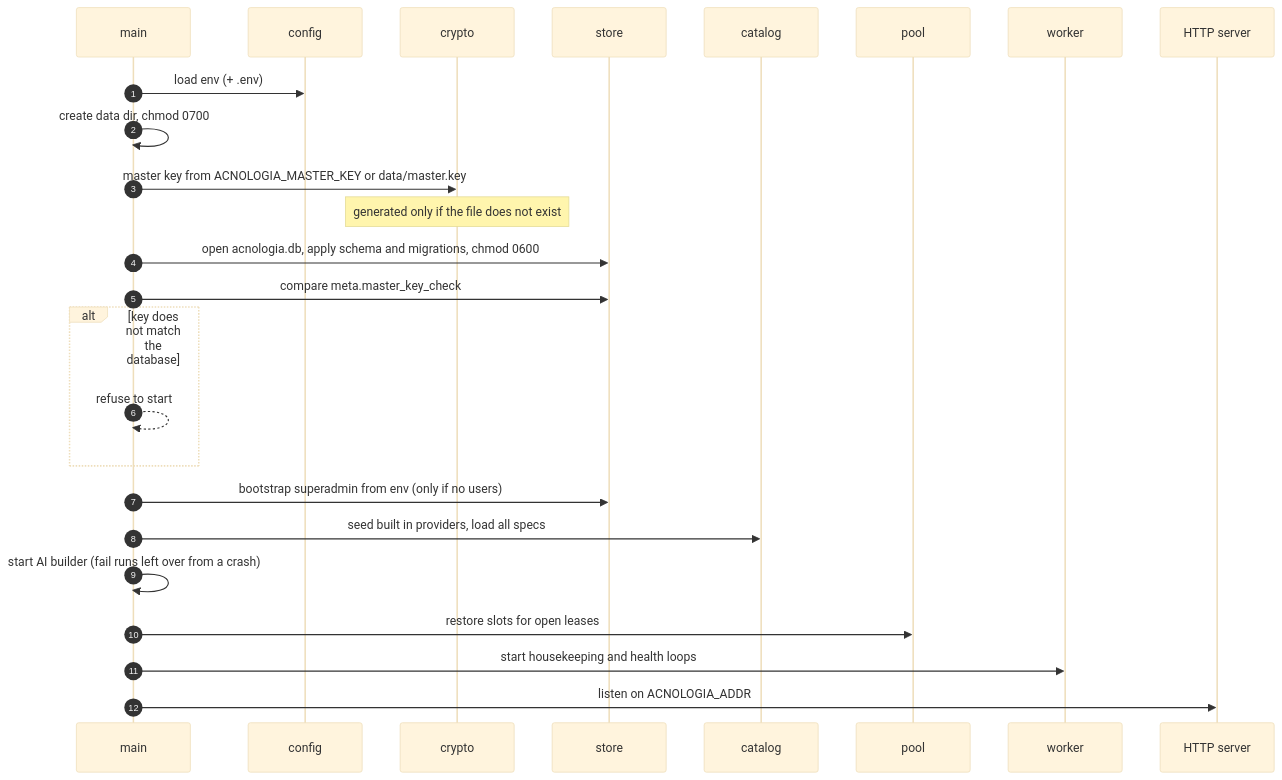
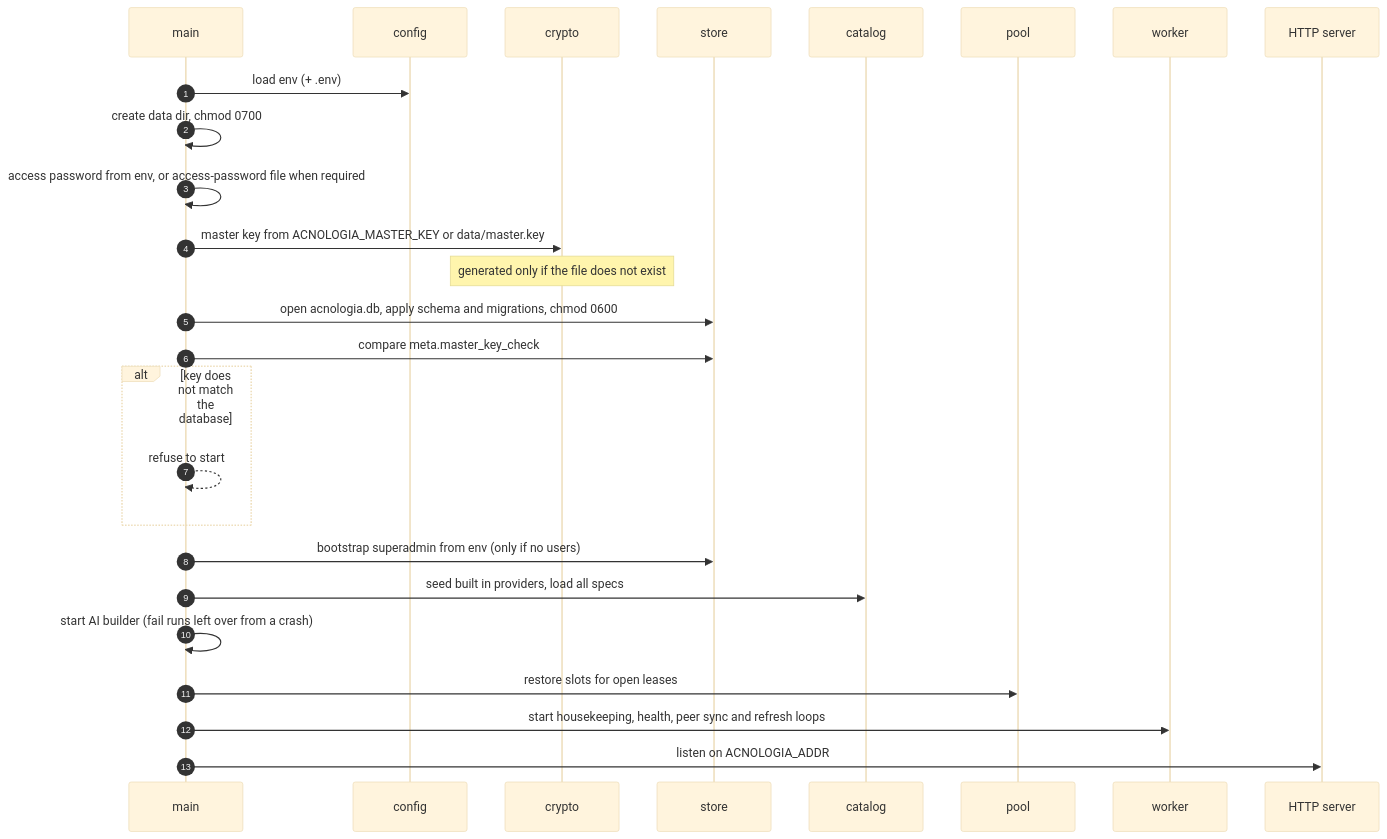
One commit to sidharthpunathil/acnologia changed the fourth of 6 diagrams in docs/architecture.md. Above: the diagram before and after it, drawn with Mermaid (base theme). The commit also changed other lines of this file and 1 other file, not shown here.

First line of the commit message:
Bring the architecture doc up to date with sharing and the refresh

````diff
--- a/docs/architecture.md
+++ b/docs/architecture.md
@@ -223,28 +342,29 @@
 ```mermaid
 sequenceDiagram
     autonumber
     participant M as main
     participant C as config
     participant K as crypto
     participant S as store
     participant Cat as catalog
     participant P as pool
     participant W as worker
     participant H as HTTP server
 
     M->>C: load env (+ .env)
     M->>M: create data dir, chmod 0700
+    M->>M: access password from env, or access-password file when required
     M->>K: master key from ACNOLOGIA_MASTER_KEY or data/master.key
     Note over K: generated only if the file does not exist
     M->>S: open acnologia.db, apply schema and migrations, chmod 0600
     M->>S: compare meta.master_key_check
     alt key does not match the database
         M-->>M: refuse to start
     end
     M->>S: bootstrap superadmin from env (only if no users)
     M->>Cat: seed built in providers, load all specs
     M->>M: start AI builder (fail runs left over from a crash)
     M->>P: restore slots for open leases
-    M->>W: start housekeeping and health loops
+    M->>W: start housekeeping, health, peer sync and refresh loops
     M->>H: listen on ACNOLOGIA_ADDR
 ```
````
